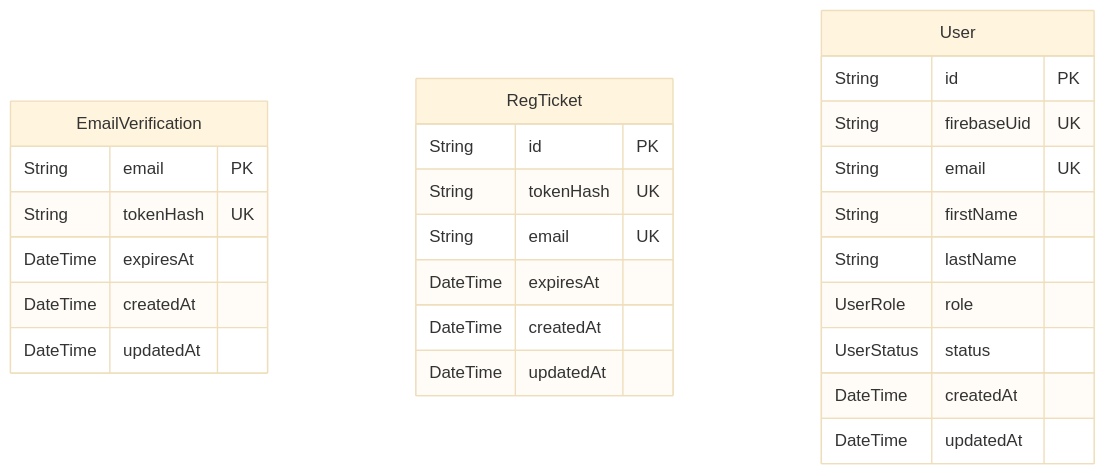
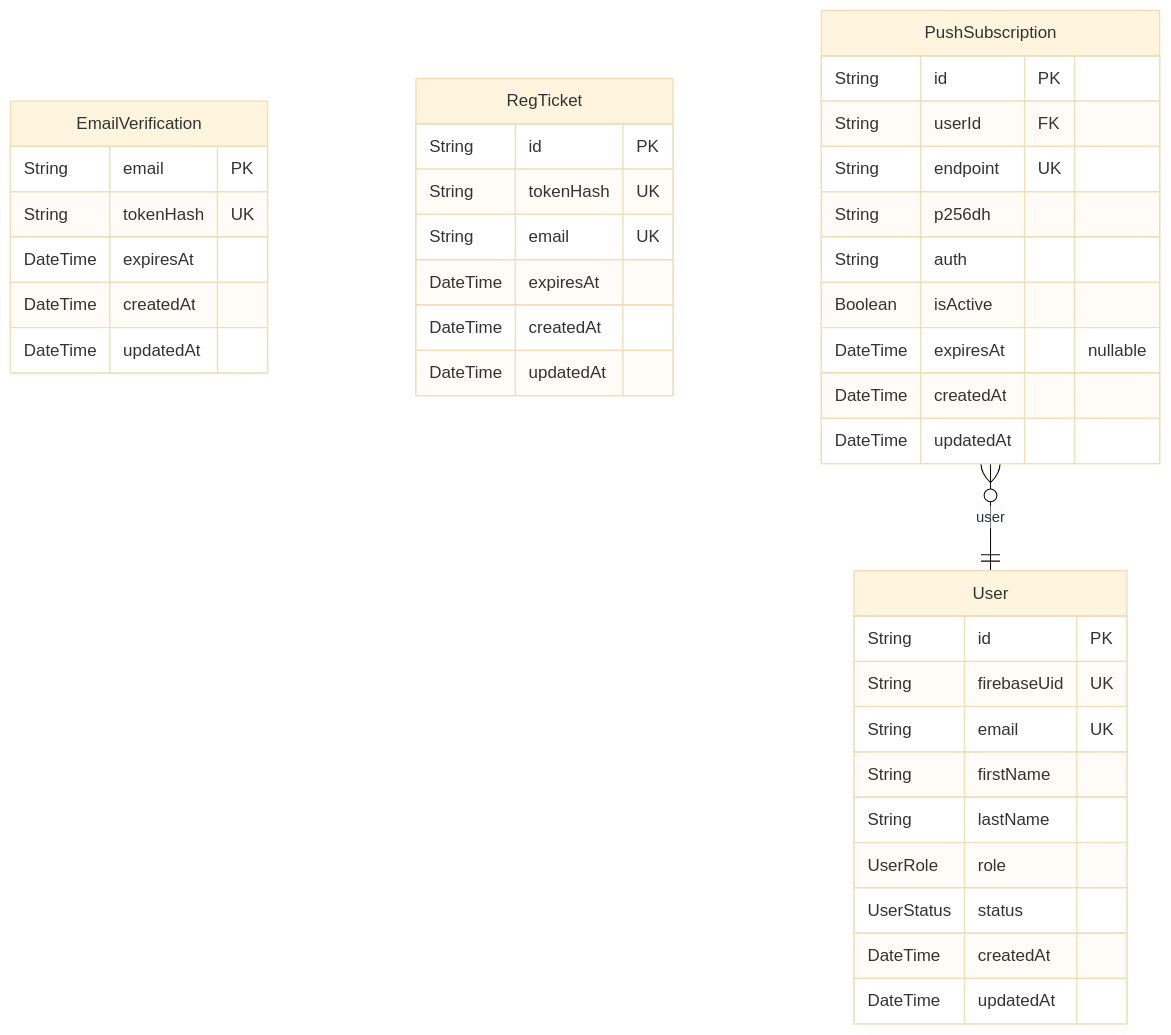
The diagram in apps/api/prisma/ERD.md (sohosai/sos26), drawn with Mermaid (base theme) before and after one commit. The commit also changed other lines of this file and 8 other files, not shown here.

````diff
--- a/apps/api/prisma/ERD.md
+++ b/apps/api/prisma/ERD.md
@@ -9,29 +9,41 @@
 ```mermaid
 erDiagram
 "EmailVerification" {
   String email PK
   String tokenHash UK
   DateTime expiresAt
   DateTime createdAt
   DateTime updatedAt
 }
 "RegTicket" {
   String id PK
   String tokenHash UK
   String email UK
   DateTime expiresAt
   DateTime createdAt
   DateTime updatedAt
 }
 "User" {
   String id PK
   String firebaseUid UK
   String email UK
   String firstName
   String lastName
   UserRole role
   UserStatus status
   DateTime createdAt
   DateTime updatedAt
 }
+"PushSubscription" {
+  String id PK
+  String userId FK
+  String endpoint UK
+  String p256dh
+  String auth
+  Boolean isActive
+  DateTime expiresAt "nullable"
+  DateTime createdAt
+  DateTime updatedAt
+}
+"PushSubscription" }o--|| "User" : user
 ```
````
